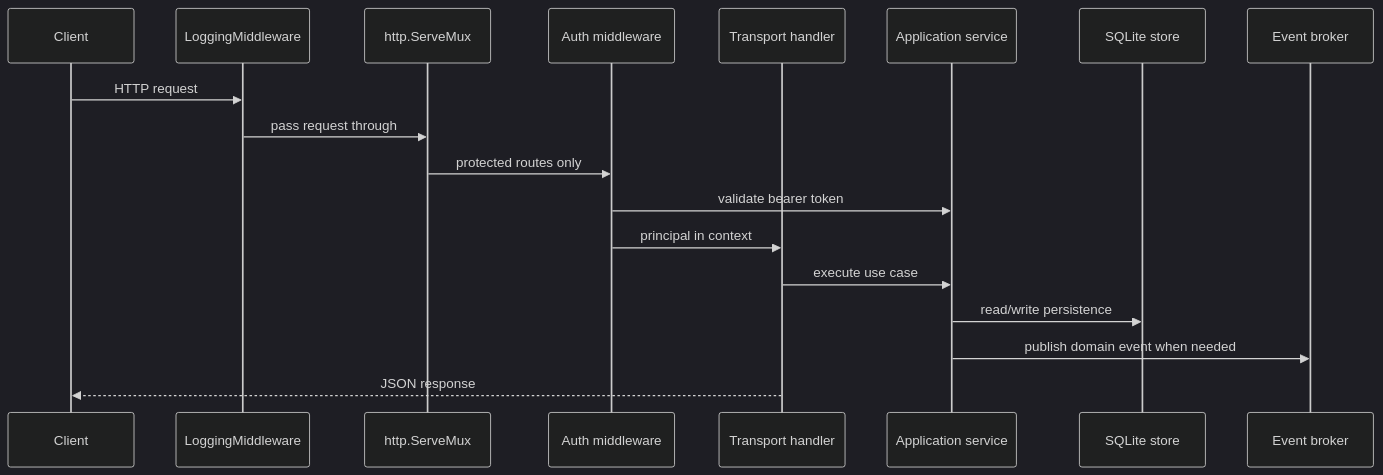
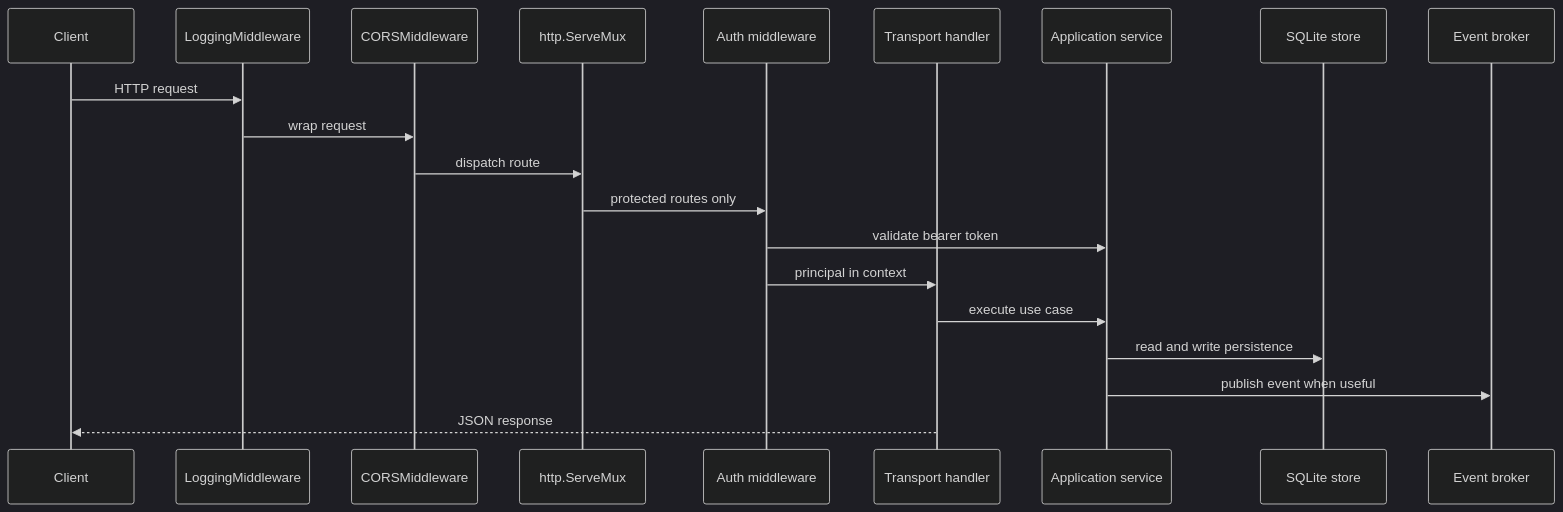
The second of 3 diagrams in server/docs/architecture.md (tesfayecf/nido), drawn with Mermaid (dark theme) before and after one commit. The commit also changed other lines of this file and 114 other files, not shown here.

````diff
--- a/server/docs/architecture.md
+++ b/server/docs/architecture.md
@@ -99,21 +102,23 @@
 ```mermaid
 sequenceDiagram
 	participant Client
 	participant Logging as LoggingMiddleware
+	participant CORS as CORSMiddleware
 	participant Mux as http.ServeMux
 	participant AuthMw as Auth middleware
 	participant Handler as Transport handler
 	participant Service as Application service
 	participant Store as SQLite store
 	participant Broker as Event broker
 
 	Client->>Logging: HTTP request
-	Logging->>Mux: pass request through
+	Logging->>CORS: wrap request
+	CORS->>Mux: dispatch route
 	Mux->>AuthMw: protected routes only
 	AuthMw->>Service: validate bearer token
 	AuthMw->>Handler: principal in context
 	Handler->>Service: execute use case
-	Service->>Store: read/write persistence
-	Service->>Broker: publish domain event when needed
+	Service->>Store: read and write persistence
+	Service->>Broker: publish event when useful
 	Handler-->>Client: JSON response
 ```
````
